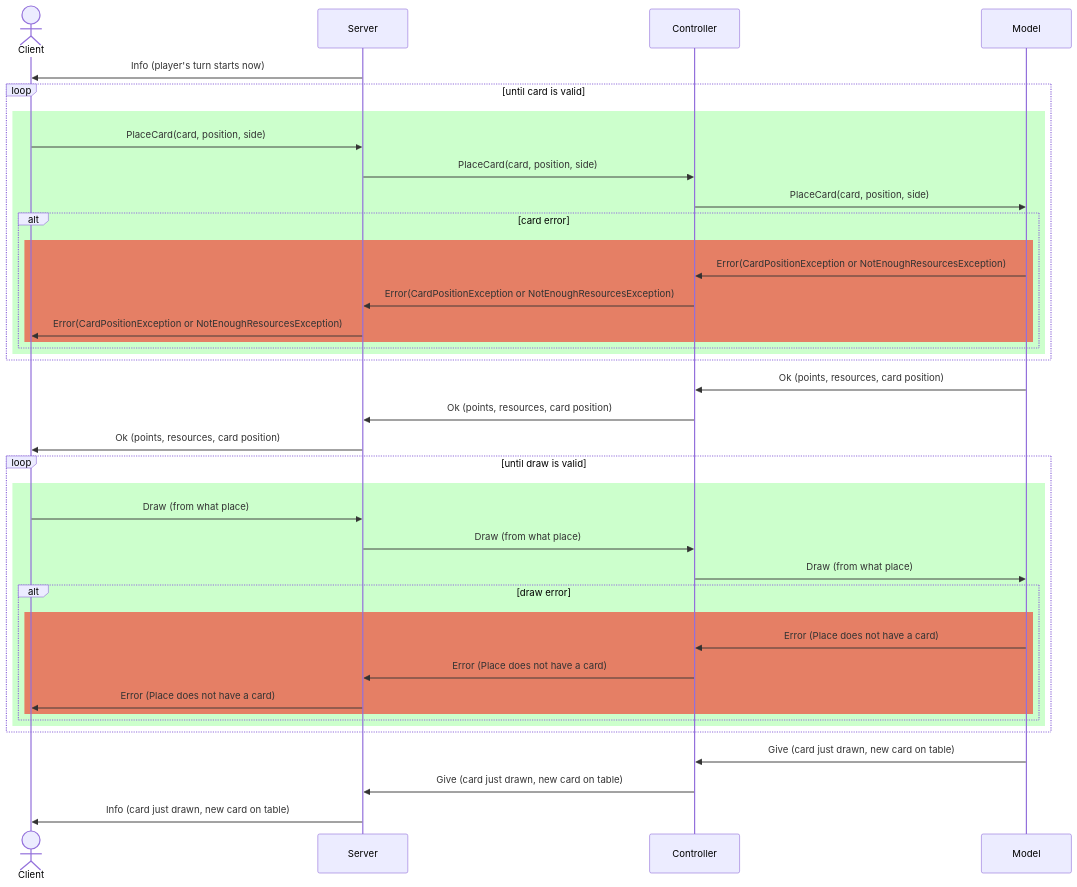
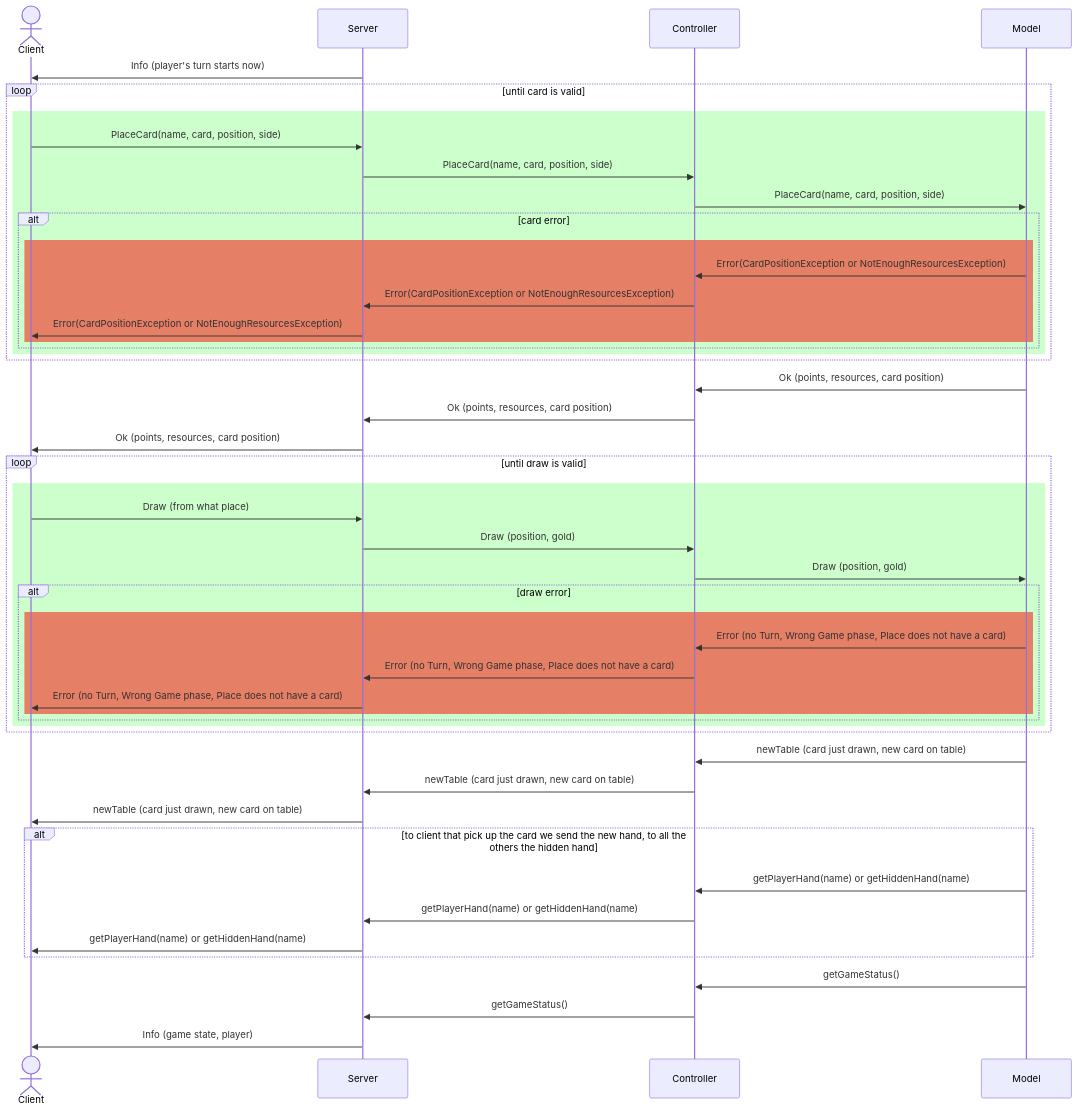
The third of 4 diagrams in deliverables/connection-serius.md (TheCaptainCraken/IS24-AM26), drawn with Mermaid before and after one commit. The commit also changed other lines of this file and 1 other file, not shown here.

Commit message:
correct data diagram

````diff
--- a/deliverables/connection-serius.md
+++ b/deliverables/connection-serius.md
@@ -180,45 +225,55 @@
 ```mermaid
 sequenceDiagram
     actor Client
     participant Server
     participant Controller
     participant Model
     Server ->> Client: Info (player's turn starts now)
    
         loop until card is valid
         rect rgba(0, 255, 0, 0.2)
-        Client ->> Server: PlaceCard(card, position, side)
-        Server ->> Controller: PlaceCard(card, position, side)
-        Controller ->> Model: PlaceCard(card, position, side)
+        Client ->> Server: PlaceCard(name, card, position, side)
+        Server ->> Controller: PlaceCard(name, card, position, side)
+        Controller ->> Model: PlaceCard(name, card, position, side)
             alt card error
                 rect rgba(255, 0, 0, 0.5)
                 Model ->> Controller: Error(CardPositionException or NotEnoughResourcesException)
                 Controller ->> Server: Error(CardPositionException or NotEnoughResourcesException)
                 Server ->> Client: Error(CardPositionException or NotEnoughResourcesException)
                 end 
             end
         end
         
         end
         Model ->> Controller: Ok (points, resources, card position)
         Controller ->> Server: Ok (points, resources, card position)
         Server ->> Client: Ok (points, resources, card position)
         loop until draw is valid
         rect rgba(0, 255, 0, 0.2)
         Client ->> Server: Draw (from what place)
-            Server ->> Controller: Draw (from what place)
-            Controller ->> Model: Draw (from what place)
+            Server ->> Controller: Draw (position, gold)
+            Controller ->> Model: Draw (position, gold)
             alt draw error
                 rect rgba(255, 0, 0, 0.5)
-                Model ->> Controller: Error (Place does not have a card)
-                Controller ->> Server: Error (Place does not have a card)
-                Server ->> Client: Error (Place does not have a card)
+                Model ->> Controller: Error (no Turn, Wrong Game phase, Place does not have a card)
+                Controller ->> Server: Error (no Turn, Wrong Game phase, Place does not have a card)
+                Server ->> Client: Error (no Turn, Wrong Game phase, Place does not have a card)
                 end
             end
         end
         end
-        Model ->> Controller: Give (card just drawn, new card on table)
-        Controller ->> Server: Give (card just drawn, new card on table)
-        Server ->> Client: Info (card just drawn, new card on table)
+        Model ->> Controller: newTable (card just drawn, new card on table)
+        Controller ->> Server: newTable (card just drawn, new card on table)
+        Server ->> Client: newTable (card just drawn, new card on table)
+        
+        alt to client that pick up the card we send the new hand, to all the others the hidden hand
+            Model ->> Controller: getPlayerHand(name) or getHiddenHand(name)
+            Controller ->> Server: getPlayerHand(name) or getHiddenHand(name)
+             Server ->> Client: getPlayerHand(name) or getHiddenHand(name)
+        end
+        
+        Model ->> Controller: getGameStatus()
+        Controller ->> Server: getGameStatus()
+        Server ->> Client: Info (game state, player)
 
 ```
````
